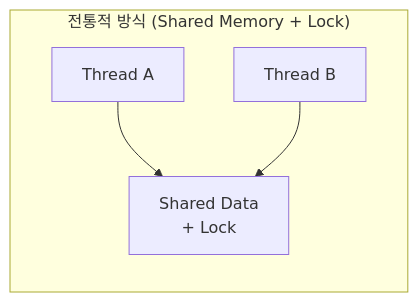
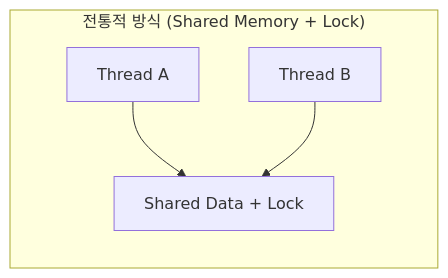
The third of 5 diagrams in contents/go/golang-concurrency-1-goroutine-기초/index.md (kenshin579/blog-v2.advenoh.pe.kr), drawn with Mermaid before and after one commit. The commit also changed other lines of this file and 80 other files, not shown here.

````diff
--- a/contents/go/golang-concurrency-1-goroutine-기초/index.md
+++ b/contents/go/golang-concurrency-1-goroutine-기초/index.md
@@ -77,7 +77,7 @@
 ```mermaid
 graph LR
     subgraph "전통적 방식 (Shared Memory + Lock)"
-        TA[Thread A] --> SD[Shared Data<br/>+ Lock]
+        TA[Thread A] --> SD["Shared Data + Lock"]
         TB[Thread B] --> SD
     end
 ```
````
